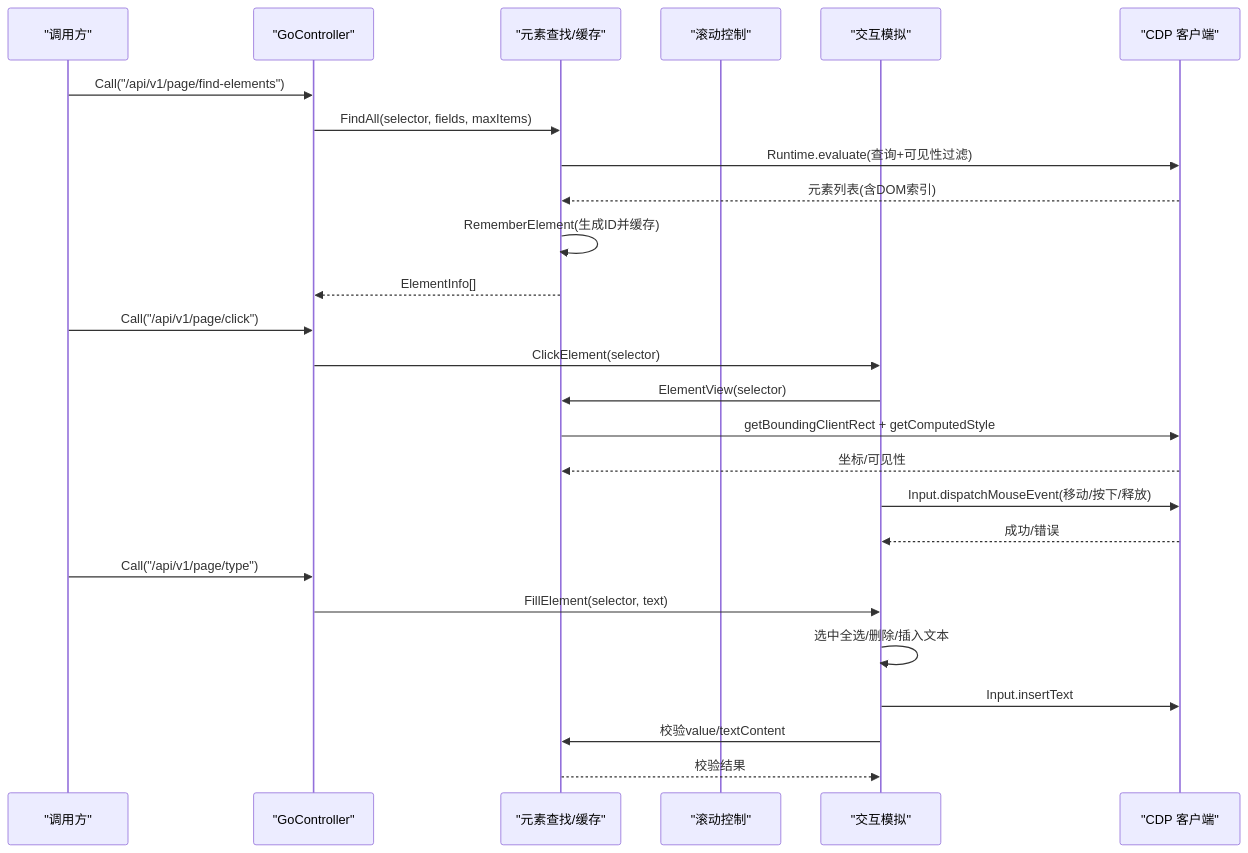
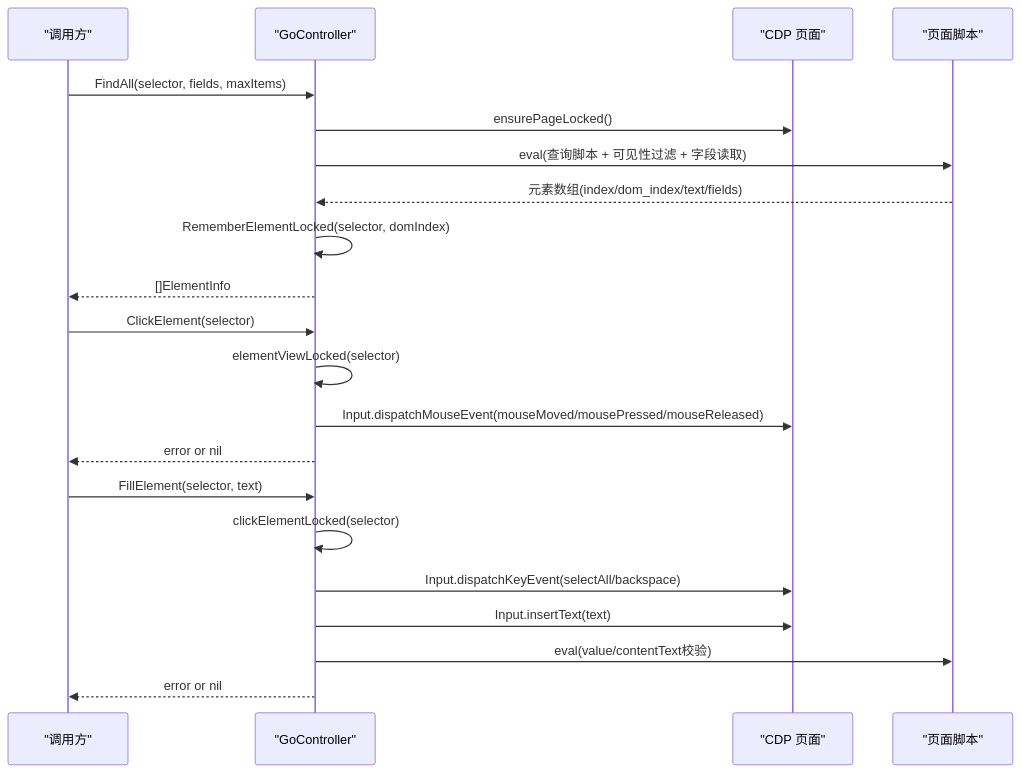
One commit to alvinwangzi/goodhr changed the second of 8 diagrams in .qoder/repowiki/zh/content/本地执行器/浏览器自动化/浏览器控制器/元素操作封装.md. Above: the diagram before and after it, drawn with Mermaid. The commit also changed other lines of this file and 149 other files, not shown here.

````diff
--- a/.qoder/repowiki/zh/content/本地执行器/浏览器自动化/浏览器控制器/元素操作封装.md
+++ b/.qoder/repowiki/zh/content/本地执行器/浏览器自动化/浏览器控制器/元素操作封装.md
@@ -91,28 +91,23 @@
 ```mermaid
 sequenceDiagram
 participant Caller as "调用方"
 participant Ctrl as "GoController"
-participant Elem as "元素查找/缓存"
-participant Scroll as "滚动控制"
-participant Input as "交互模拟"
-participant CDP as "CDP 客户端"
-Caller->>Ctrl : Call("/api/v1/page/find-elements")
-Ctrl->>Elem : FindAll(selector, fields, maxItems)
-Elem->>CDP : Runtime.evaluate(查询+可见性过滤)
-CDP-->>Elem : 元素列表(含DOM索引)
-Elem->>Elem : RememberElement(生成ID并缓存)
-Elem-->>Ctrl : ElementInfo[]
-Caller->>Ctrl : Call("/api/v1/page/click")
-Ctrl->>Input : ClickElement(selector)
-Input->>Elem : ElementView(selector)
-Elem->>CDP : getBoundingClientRect + getComputedStyle
-CDP-->>Elem : 坐标/可见性
-Input->>CDP : Input.dispatchMouseEvent(移动/按下/释放)
-CDP-->>Input : 成功/错误
-Caller->>Ctrl : Call("/api/v1/page/type")
-Ctrl->>Input : FillElement(selector, text)
-Input->>Input : 选中全选/删除/插入文本
-Input->>CDP : Input.insertText
-Input->>Elem : 校验value/textContent
-Elem-->>Input : 校验结果
+participant Page as "CDP 页面"
+participant JS as "页面脚本"
+Caller->>Ctrl : FindAll(selector, fields, maxItems)
+Ctrl->>Page : ensurePageLocked()
+Ctrl->>JS : eval(查询脚本 + 可见性过滤 + 字段读取)
+JS-->>Ctrl : 元素数组(index/dom_index/text/fields)
+Ctrl->>Ctrl : RememberElementLocked(selector, domIndex)
+Ctrl-->>Caller : []ElementInfo
+Caller->>Ctrl : ClickElement(selector)
+Ctrl->>Ctrl : elementViewLocked(selector)
+Ctrl->>Page : Input.dispatchMouseEvent(mouseMoved/mousePressed/mouseReleased)
+Ctrl-->>Caller : error or nil
+Caller->>Ctrl : FillElement(selector, text)
+Ctrl->>Ctrl : clickElementLocked(selector)
+Ctrl->>Page : Input.dispatchKeyEvent(selectAll/backspace)
+Ctrl->>Page : Input.insertText(text)
+Ctrl->>JS : eval(value/contentText校验)
+Ctrl-->>Caller : error or nil
 ```
````
